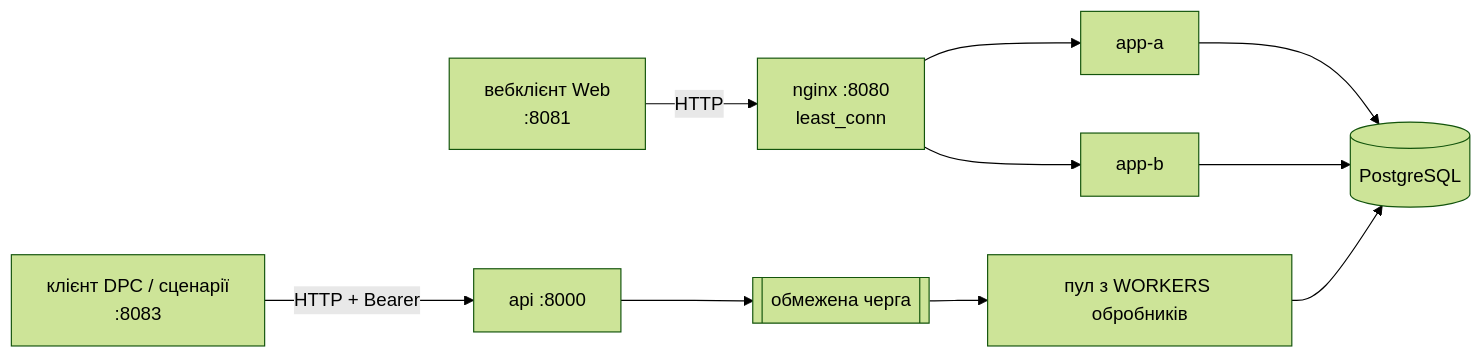
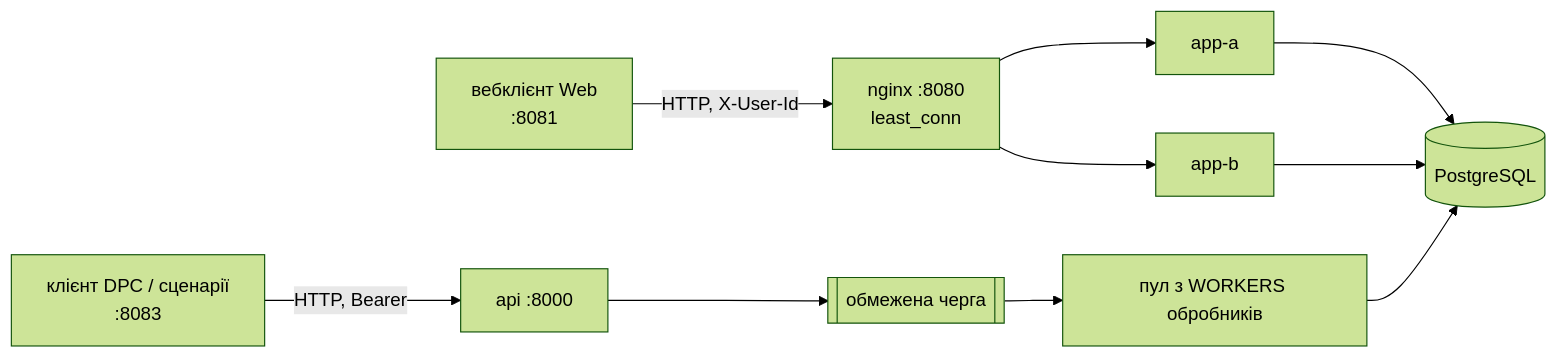
One commit to GabroNagornyuk/carsharing-c08 changed the second of 2 diagrams in README.md. Above: the diagram before and after it, drawn with Mermaid (forest theme). The commit also changed other lines of this file, not shown here.

````diff
--- a/README.md
+++ b/README.md
@@ -55,10 +60,10 @@
 ```mermaid
 flowchart LR
-    WC[вебклієнт Web<br/>:8081] -->|HTTP| N[nginx :8080<br/>least_conn]
+    WC[вебклієнт Web<br/>:8081] -->|HTTP, X-User-Id| N[nginx :8080<br/>least_conn]
     N --> A[app-a]
     N --> B[app-b]
     A --> PG[(PostgreSQL)]
     B --> PG
-    DC[клієнт DPC / сценарії<br/>:8083] -->|HTTP + Bearer| API[api :8000]
+    DC[клієнт DPC / сценарії<br/>:8083] -->|HTTP, Bearer| API[api :8000]
     API --> Q[[обмежена черга]] --> W[пул з WORKERS обробників] --> PG
 ```
````
